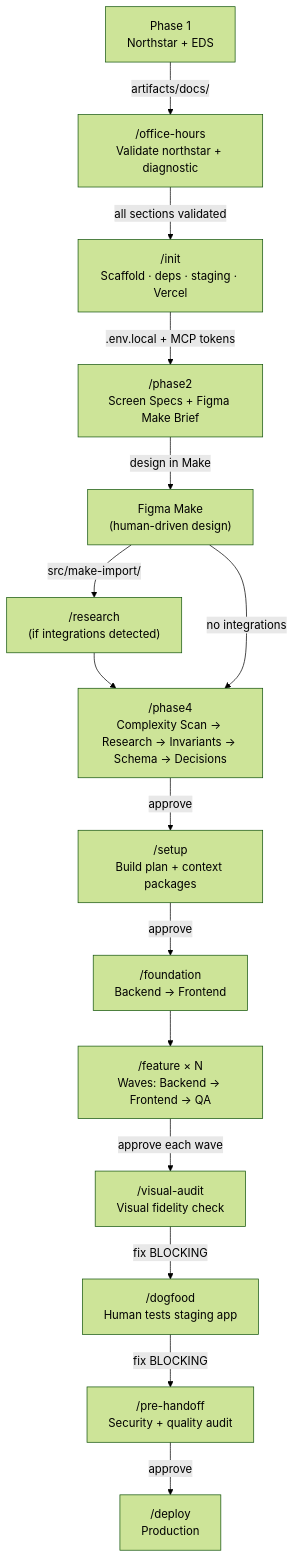
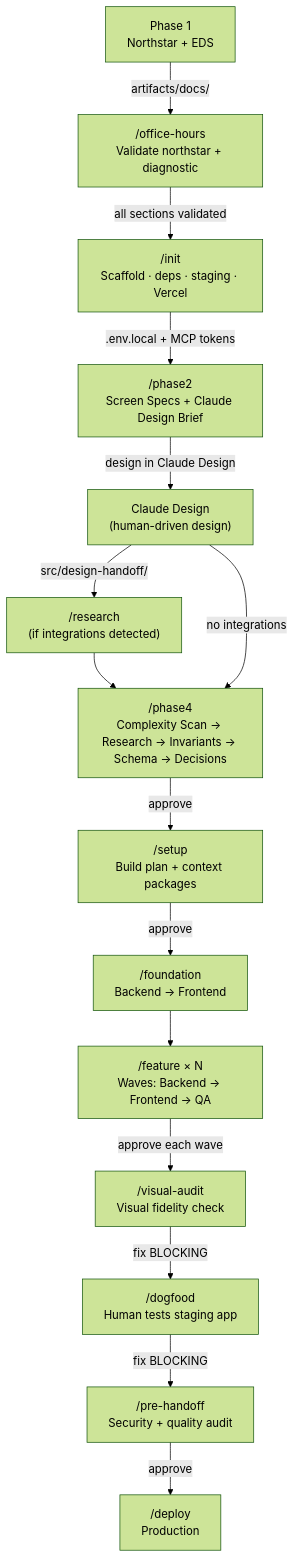
One commit to tad-agentics/RAD-PWA-Native changed the diagram in RAD-GUIDE.md. Above: the diagram before and after it, drawn with Mermaid (forest theme). The commit also changed other lines of this file and 32 other files, not shown here.

First line of the commit message:
docs: migrate design process from Figma Make to Claude Design

````diff
--- a/RAD-GUIDE.md
+++ b/RAD-GUIDE.md
@@ -518,32 +520,32 @@
 ```mermaid
 flowchart TD
     A["Phase 1\nNorthstar + EDS"]
     OH["/office-hours\nValidate northstar + diagnostic"]
     B["/init\nScaffold · deps · staging · Vercel"]
-    C["/phase2\nScreen Specs + Figma Make Brief"]
-    C2["Figma Make\n(human-driven design)"]
+    C["/phase2\nScreen Specs + Claude Design Brief"]
+    C2["Claude Design\n(human-driven design)"]
     D["/research\n(if integrations detected)"]
     E["/phase4\nComplexity Scan → Research → Invariants → Schema → Decisions"]
     F["/setup\nBuild plan + context packages"]
     G["/foundation\nBackend → Frontend"]
     H["/feature × N\nWaves: Backend → Frontend → QA"]
     I["/visual-audit\nVisual fidelity check"]
     DF["/dogfood\nHuman tests staging app"]
     J["/pre-handoff\nSecurity + quality audit"]
     K["/deploy\nProduction"]
 
     A -->|"artifacts/docs/"| OH
     OH -->|"all sections validated"| B
     B -->|".env.local + MCP tokens"| C
-    C -->|"design in Make"| C2
-    C2 -->|"src/make-import/"| D
+    C -->|"design in Claude Design"| C2
+    C2 -->|"src/design-handoff/"| D
     D --> E
     C2 -->|"no integrations"| E
     E -->|"approve"| F
     F -->|"approve"| G
     G --> H
     H -->|"approve each wave"| I
     I -->|"fix BLOCKING"| DF
     DF -->|"fix BLOCKING"| J
     J -->|"approve"| K
 ```
````
